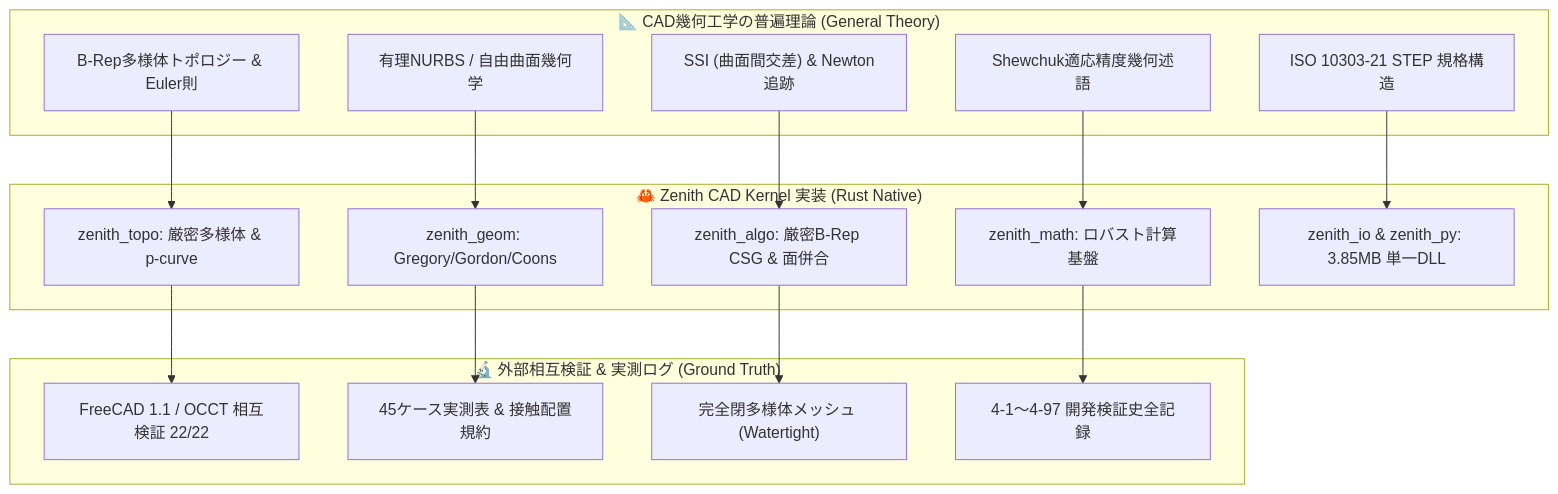
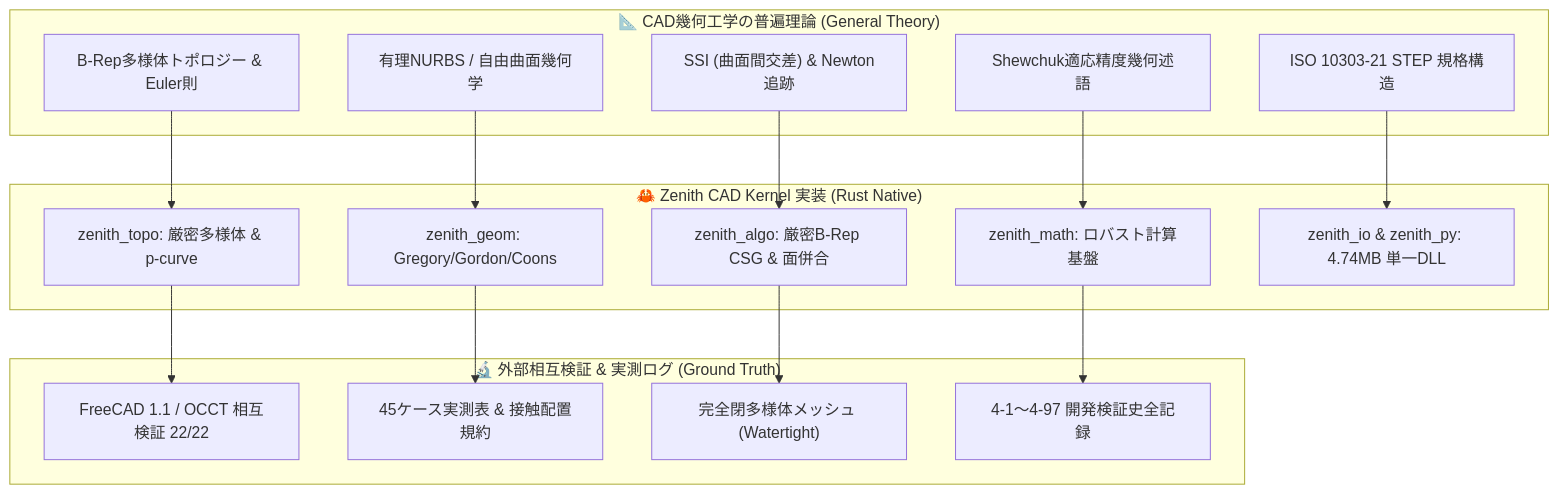
The diagram in docs/treatise/00-prologue.md (hinatahugu29/zenith-cad-kernel), drawn with Mermaid before and after one commit. The commit also changed 8 other files, not shown here.

````diff
--- a/docs/treatise/00-prologue.md
+++ b/docs/treatise/00-prologue.md
@@ -25,36 +25,36 @@
 ```mermaid
 graph TD
     subgraph Theoretical Foundation ["📐 CAD幾何工学の普遍理論 (General Theory)"]
         T1["B-Rep多様体トポロジー & Euler則"]
         T2["有理NURBS / 自由曲面幾何学"]
         T3["SSI (曲面間交差) & Newton追跡"]
         T4["Shewchuk適応精度幾何述語"]
         T5["ISO 10303-21 STEP 規格構造"]
     end
 
     subgraph Zenith Implementation ["🦀 Zenith CAD Kernel 実装 (Rust Native)"]
         Z1["zenith_topo: 厳密多様体 & p-curve"]
         Z2["zenith_geom: Gregory/Gordon/Coons"]
         Z3["zenith_algo: 厳密B-Rep CSG & 面併合"]
         Z4["zenith_math: ロバスト計算基盤"]
-        Z5["zenith_io & zenith_py: 3.85MB 単一DLL"]
+        Z5["zenith_io & zenith_py: 4.74MB 単一DLL"]
     end
 
     subgraph Rigorous Verification ["🔬 外部相互検証 & 実測ログ (Ground Truth)"]
         V1["FreeCAD 1.1 / OCCT 相互検証 22/22"]
         V2["45ケース実測表 & 接触配置規約"]
         V3["完全閉多様体メッシュ (Watertight)"]
         V4["4-1〜4-97 開発検証史全記録"]
     end
 
     T1 --> Z1
     T2 --> Z2
     T3 --> Z3
     T4 --> Z4
     T5 --> Z5
 
     Z1 --> V1
     Z2 --> V2
     Z3 --> V3
     Z4 --> V4
 ```
````
